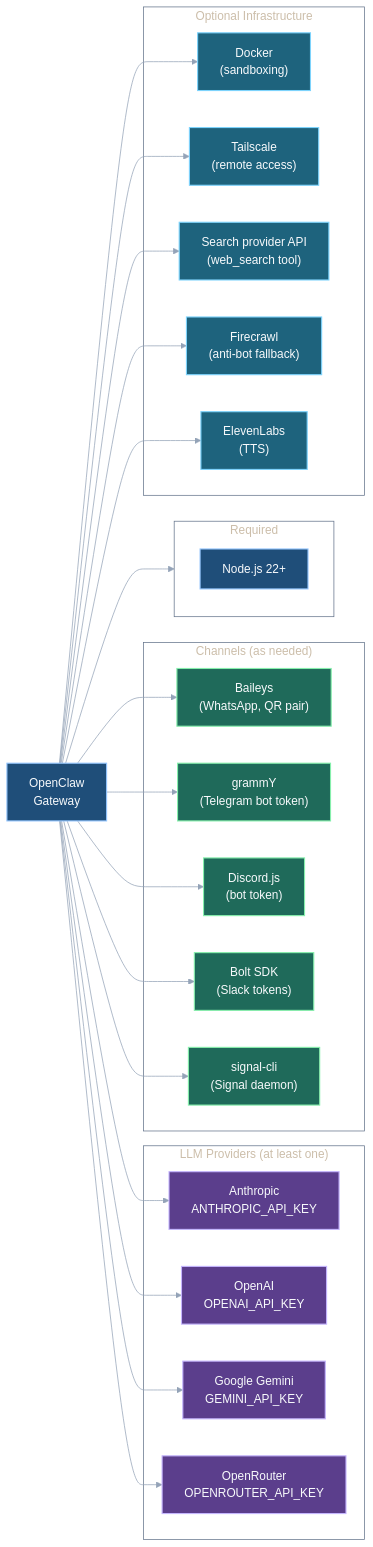
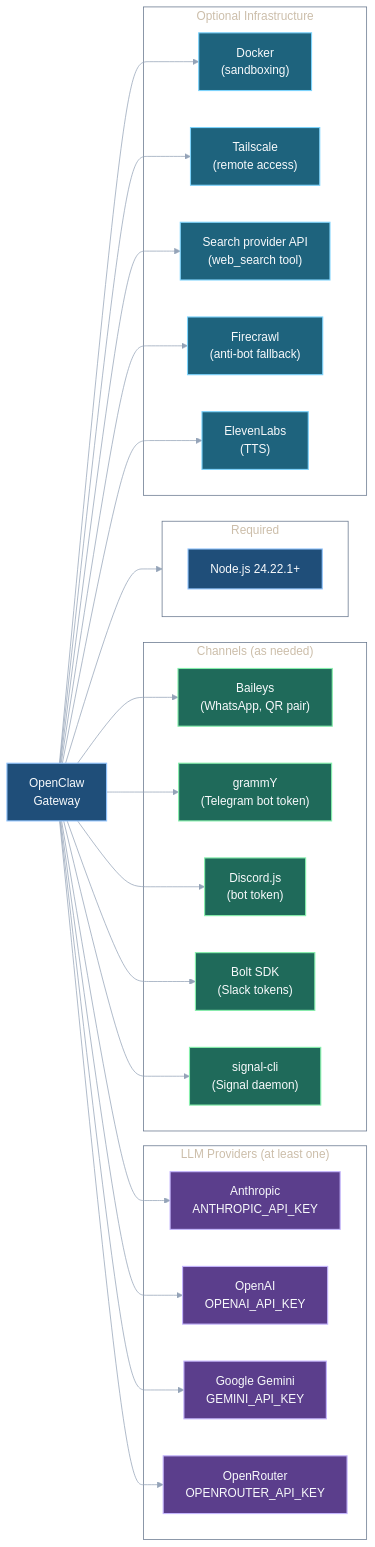
One commit to IT-HUSET/openclaw-guide changed the fourth of 17 diagrams in content/docs/architecture.md. Above: the diagram before and after it, drawn with Mermaid. The commit also changed 9 other files, not shown here.

````diff
--- a/content/docs/architecture.md
+++ b/content/docs/architecture.md
@@ -255,45 +255,45 @@
 ```mermaid
 %%{init: { "theme": "base", "themeVariables": { "fontFamily": "ui-sans-serif, -apple-system, BlinkMacSystemFont, Segoe UI, Helvetica, Arial", "primaryColor": "#1F4E79", "primaryBorderColor": "#93C5FD", "primaryTextColor": "#F8FAFC", "lineColor": "#94A3B8", "secondaryColor": "#334155", "tertiaryColor": "#334155", "clusterBkg": "transparent", "clusterBorder": "#64748B", "background": "transparent" } }}%%
 graph LR
     subgraph Required
-        NODE["Node.js 22+"]
+        NODE["Node.js 24.22.1+"]
     end
 
     subgraph "LLM Providers (at least one)"
         ANTH["Anthropic<br/>ANTHROPIC_API_KEY"]
         OPENAI["OpenAI<br/>OPENAI_API_KEY"]
         GEMINI["Google Gemini<br/>GEMINI_API_KEY"]
         OPENR["OpenRouter<br/>OPENROUTER_API_KEY"]
     end
 
     subgraph "Channels (as needed)"
         BAILEYS["Baileys<br/>(WhatsApp, QR pair)"]
         GRAMMY["grammY<br/>(Telegram bot token)"]
         DISCORDJS["Discord.js<br/>(bot token)"]
         BOLT["Bolt SDK<br/>(Slack tokens)"]
         SIGCLI["signal-cli<br/>(Signal daemon)"]
     end
 
     subgraph "Optional Infrastructure"
         DOCKER["Docker<br/>(sandboxing)"]
         TS_CLI["Tailscale<br/>(remote access)"]
         SEARCH["Search provider API<br/>(web_search tool)"]
         FIRE["Firecrawl<br/>(anti-bot fallback)"]
         ELEVEN["ElevenLabs<br/>(TTS)"]
     end
 
     OC["OpenClaw<br/>Gateway"] --> Required
     OC --> ANTH & OPENAI & GEMINI & OPENR
     OC --> BAILEYS & GRAMMY & DISCORDJS & BOLT & SIGCLI
     OC --> DOCKER & TS_CLI & SEARCH & FIRE & ELEVEN
 
     classDef coredep fill:#1F4E79,stroke:#93C5FD,color:#F8FAFC,stroke-width:1.5px
     classDef providerdep fill:#5B3E8C,stroke:#C4B5FD,color:#F8FAFC,stroke-width:1.5px
     classDef channeldep fill:#1F6A5A,stroke:#86EFAC,color:#F8FAFC,stroke-width:1.5px
     classDef optdep fill:#1E637D,stroke:#7DD3FC,color:#F8FAFC,stroke-width:1.5px
 
     class OC,NODE coredep
     class ANTH,OPENAI,GEMINI,OPENR providerdep
     class BAILEYS,GRAMMY,DISCORDJS,BOLT,SIGCLI channeldep
     class DOCKER,TS_CLI,SEARCH,FIRE,ELEVEN optdep
 ```
````
